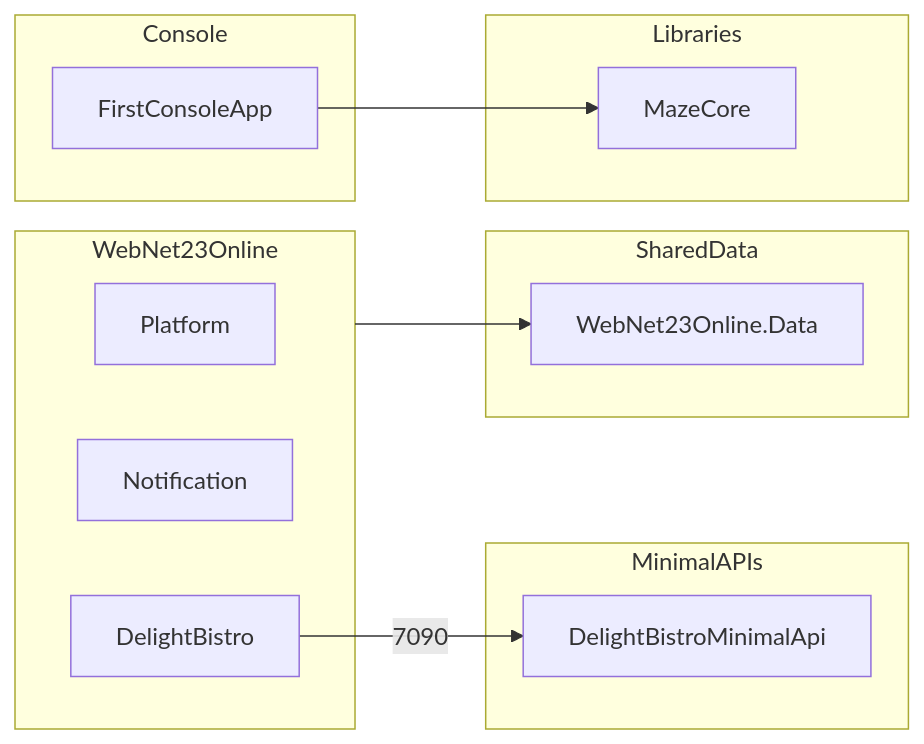
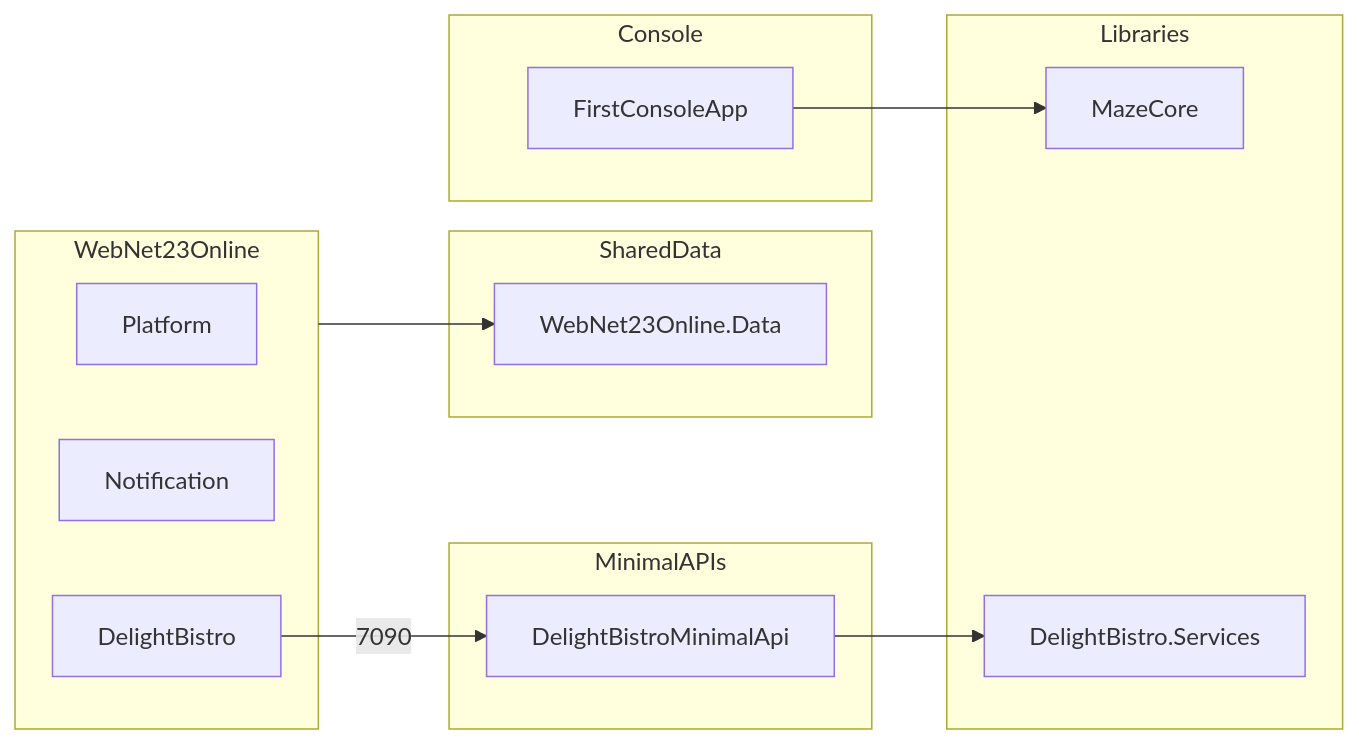
Before and after one commit to AlexanderKartuz/PetProjectDelightBistro: the diagram in Net23Online/docs/integration-map.md, drawn with Mermaid. The commit also changed other lines of this file and 6 other files, not shown here.

````diff
--- a/Net23Online/docs/integration-map.md
+++ b/Net23Online/docs/integration-map.md
@@ -52,28 +54,30 @@
 ```mermaid
 flowchart LR
     subgraph web [WebNet23Online]
         Platform
         Notification
         DelightBistro
     end
 
     subgraph apis [MinimalAPIs]
         TeaAPI[DelightBistroMinimalApi]
     end
 
     subgraph data [SharedData]
         WebContext[WebNet23Online.Data]
     end
 
     subgraph libs [Libraries]
         MazeCore
+        SerilogLib[DelightBistro.Services]
     end
 
     subgraph console [Console]
         FirstConsoleApp
     end
 
     DelightBistro -->|"7090"| TeaAPI
+    TeaAPI --> SerilogLib
     web --> WebContext
     FirstConsoleApp --> MazeCore
 ```
````
